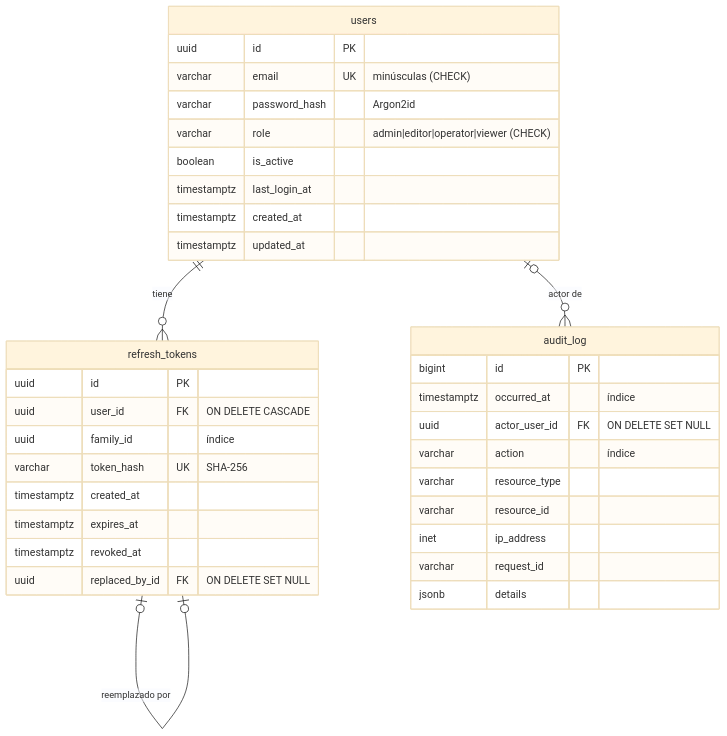
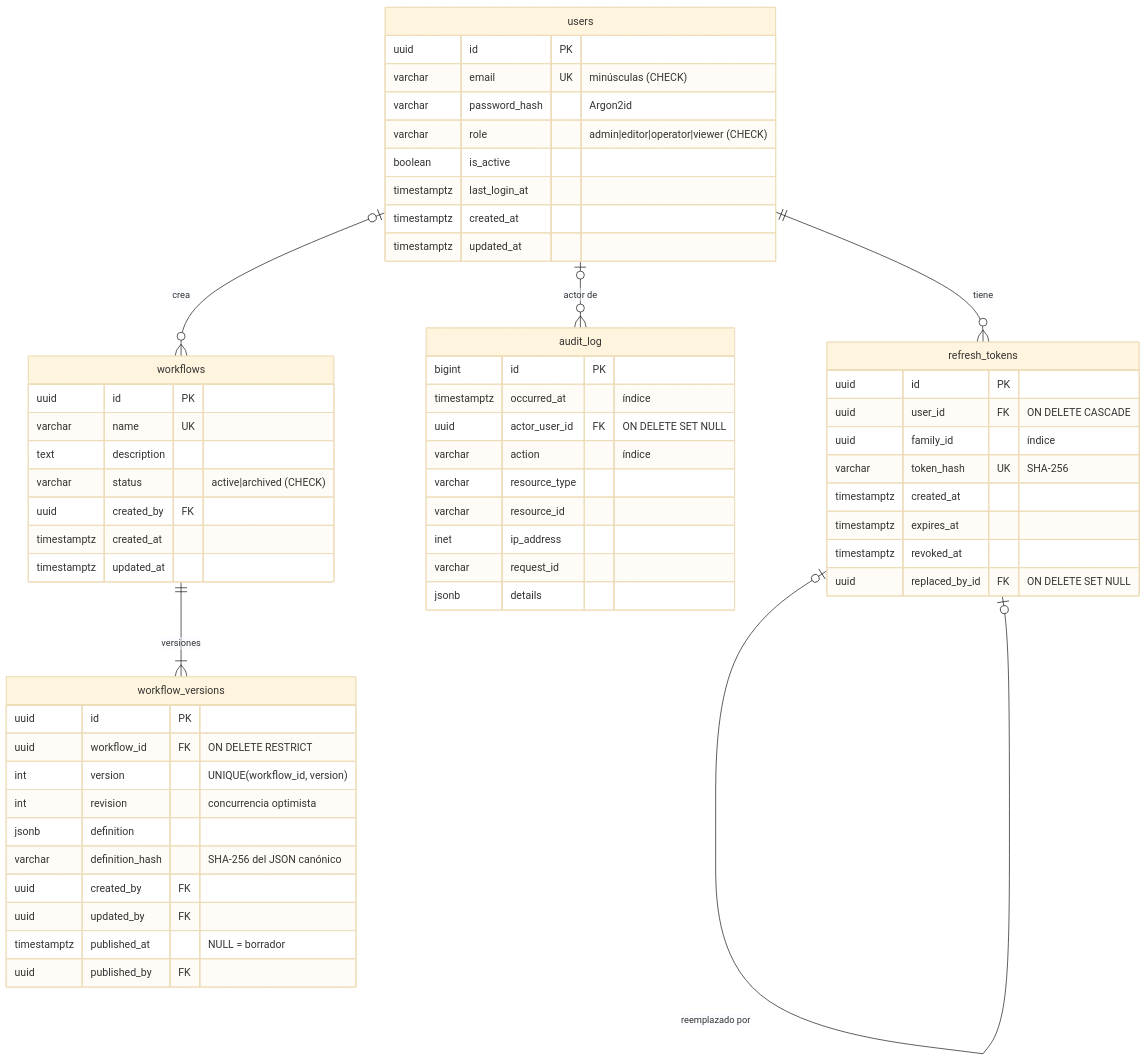
The diagram in docs/data-model.md (JuanSGarciaC/nexusflow), drawn with Mermaid (base theme) before and after one commit. The commit also changed other lines of this file and 22 other files, not shown here.

First line of the commit message:
feat(workflows): DSL de flujos, validación de grafo y versiones inmutables (Fase 3)

````diff
--- a/docs/data-model.md
+++ b/docs/data-model.md
@@ -7,38 +7,61 @@
 ```mermaid
 erDiagram
     users ||--o{ refresh_tokens : "tiene"
     users |o--o{ audit_log : "actor de"
     refresh_tokens |o--o| refresh_tokens : "reemplazado por"
+    workflows ||--|{ workflow_versions : "versiones"
+    users |o--o{ workflows : "crea"
 
     users {
         uuid id PK
         varchar email UK "minúsculas (CHECK)"
         varchar password_hash "Argon2id"
         varchar role "admin|editor|operator|viewer (CHECK)"
         boolean is_active
         timestamptz last_login_at
         timestamptz created_at
         timestamptz updated_at
     }
     refresh_tokens {
         uuid id PK
         uuid user_id FK "ON DELETE CASCADE"
         uuid family_id "índice"
         varchar token_hash UK "SHA-256"
         timestamptz created_at
         timestamptz expires_at
         timestamptz revoked_at
         uuid replaced_by_id FK "ON DELETE SET NULL"
     }
     audit_log {
         bigint id PK
         timestamptz occurred_at "índice"
         uuid actor_user_id FK "ON DELETE SET NULL"
         varchar action "índice"
         varchar resource_type
         varchar resource_id
         inet ip_address
         varchar request_id
         jsonb details
     }
+    workflows {
+        uuid id PK
+        varchar name UK
+        text description
+        varchar status "active|archived (CHECK)"
+        uuid created_by FK
+        timestamptz created_at
+        timestamptz updated_at
+    }
+    workflow_versions {
+        uuid id PK
+        uuid workflow_id FK "ON DELETE RESTRICT"
+        int version "UNIQUE(workflow_id, version)"
+        int revision "concurrencia optimista"
+        jsonb definition
+        varchar definition_hash "SHA-256 del JSON canónico"
+        uuid created_by FK
+        uuid updated_by FK
+        timestamptz published_at "NULL = borrador"
+        uuid published_by FK
+    }
 ```
````
